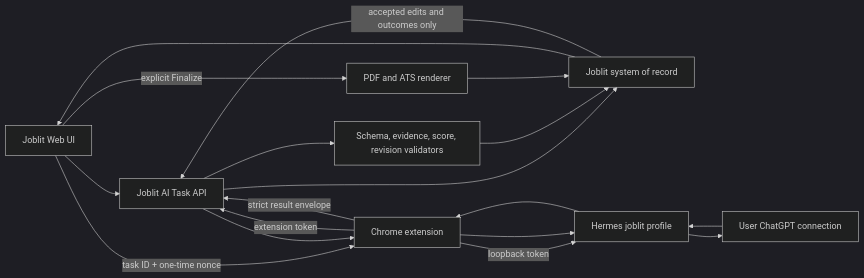
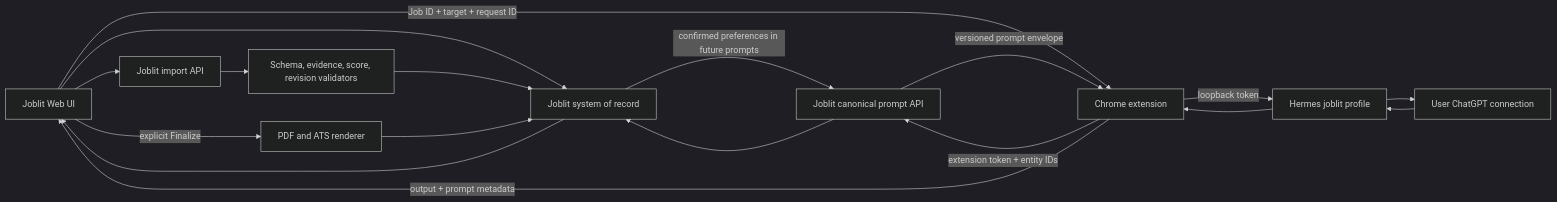
Before and after one commit to ShousenZHANG/joblit: the diagram in docs/superpowers/specs/2026-07-15-ai-native-joblit-platform-design.md, drawn with Mermaid (dark theme). The commit also changed other lines of this file and 2 other files, not shown here.

````diff
--- a/docs/superpowers/specs/2026-07-15-ai-native-joblit-platform-design.md
+++ b/docs/superpowers/specs/2026-07-15-ai-native-joblit-platform-design.md
@@ -80,20 +81,20 @@
 ```mermaid
 flowchart LR
-    UI["Joblit Web UI"] --> API["Joblit AI Task API"]
-    API --> DB["Joblit system of record"]
-    UI -->|"task ID + one-time nonce"| EXT["Chrome extension"]
-    EXT -->|"extension token"| API
+    UI["Joblit Web UI"] --> DB["Joblit system of record"]
+    UI -->|"Job ID + target + request ID"| EXT["Chrome extension"]
+    EXT -->|"extension token + entity IDs"| API["Joblit canonical prompt API"]
+    API --> DB
+    API -->|"versioned prompt envelope"| EXT
     EXT -->|"loopback token"| H["Hermes joblit profile"]
     H --> C["User ChatGPT connection"]
     C --> H
     H --> EXT
-    EXT -->|"strict result envelope"| API
-    API --> V["Schema, evidence, score, revision validators"]
+    EXT -->|"output + prompt metadata"| UI
+    UI --> IMPORT["Joblit import API"]
+    IMPORT --> V["Schema, evidence, score, revision validators"]
     V --> DB
     DB --> UI
     UI -->|"explicit Finalize"| PDF["PDF and ATS renderer"]
     PDF --> DB
-    DB -->|"accepted edits and outcomes only"| API
-    API --> EXT
-    EXT --> H
+    DB -->|"confirmed preferences in future prompts"| API
 ```
````
